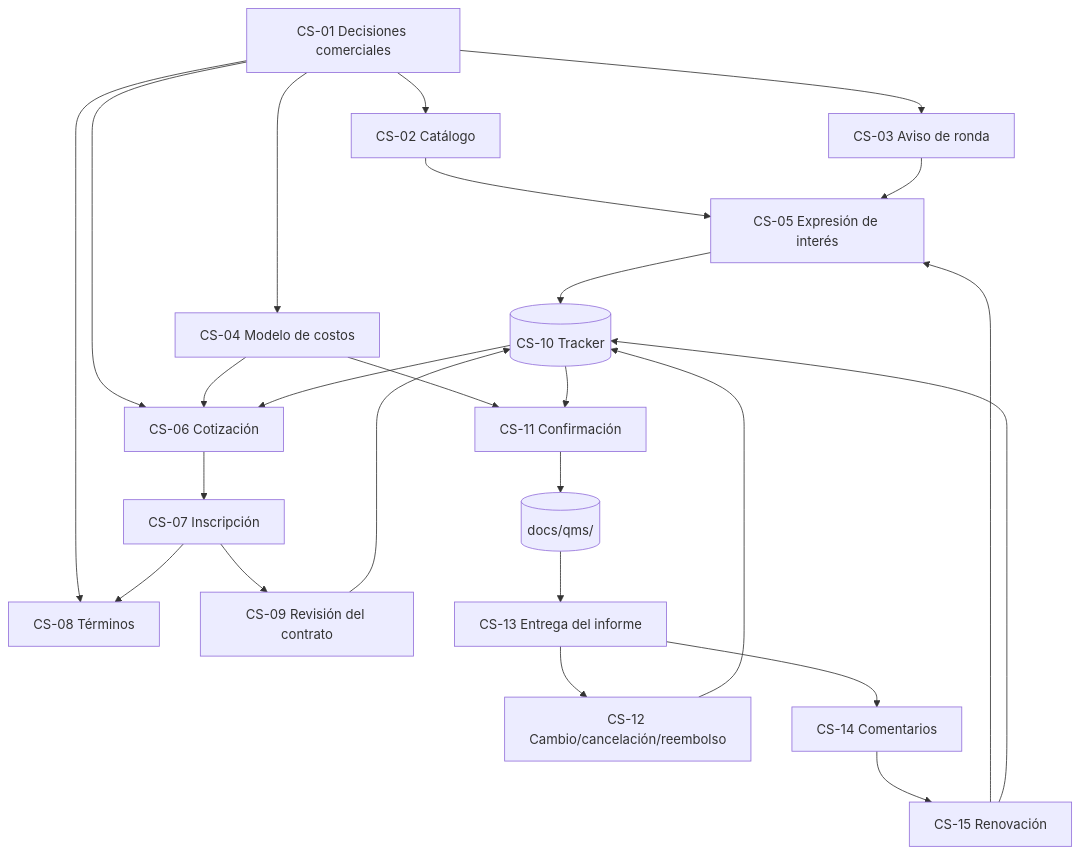
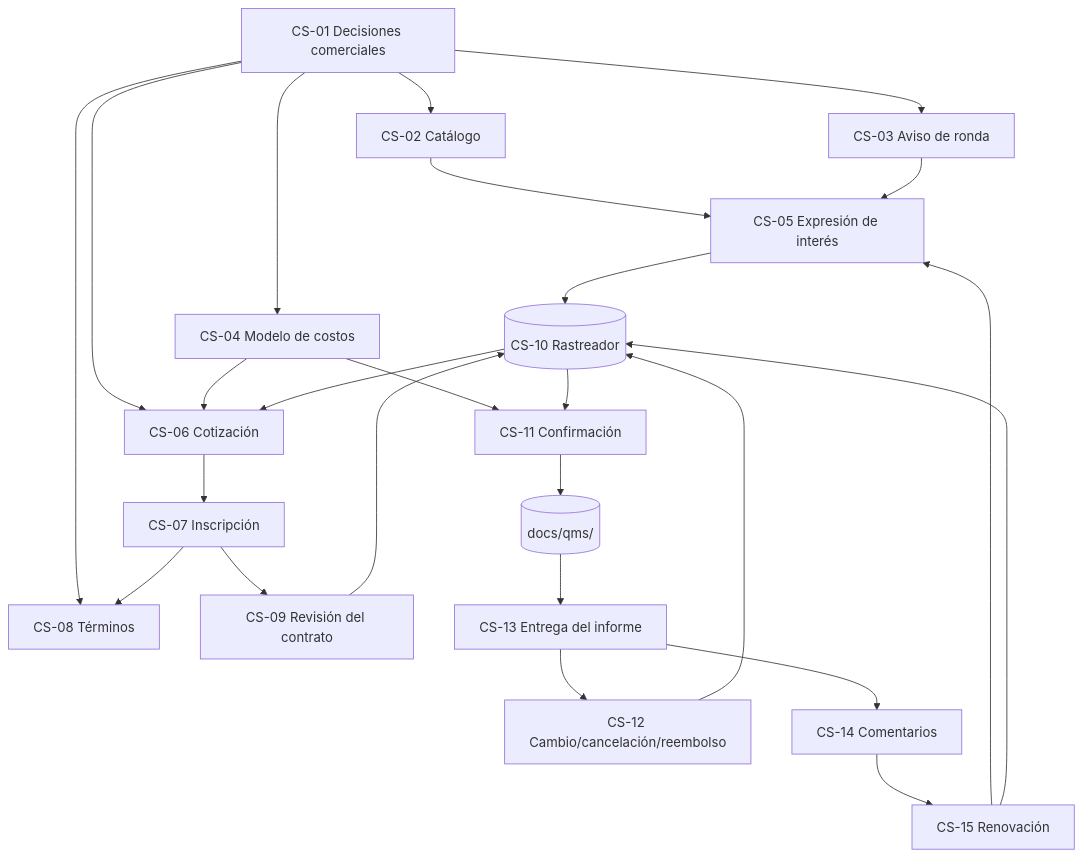
One commit to willl182/calaire-ea changed the diagram in servicio_comercial/00_control/mapa_viaje.md. Above: the diagram before and after it, drawn with Mermaid. The commit also changed other lines of this file and 345 other files, not shown here.

````diff
--- a/servicio_comercial/00_control/mapa_viaje.md
+++ b/servicio_comercial/00_control/mapa_viaje.md
@@ -54,31 +55,31 @@
 ```mermaid
 flowchart TB
     CS01[CS-01 Decisiones comerciales] --> CS02[CS-02 Catálogo]
     CS01 --> CS03[CS-03 Aviso de ronda]
     CS01 --> CS04[CS-04 Modelo de costos]
     CS01 --> CS06[CS-06 Cotización]
     CS01 --> CS08[CS-08 Términos]
     CS04 --> CS06
     CS04 --> CS11[Lista de precios aprobada]
 
     CS02 --> CS05[CS-05 Expresión de interés]
     CS03 --> CS05
-    CS05 --> CS10[(CS-10 Tracker)]
+    CS05 --> CS10[(CS-10 Rastreador)]
     CS10 --> CS06
 
     CS06 --> CS07[CS-07 Inscripción]
     CS07 --> CS08
     CS07 --> CS09[CS-09 Revisión del contrato]
     CS09 --> CS10
 
     CS10 --> CS11[CS-11 Confirmación]
-    CS11 --> QMS[(docs/qms/)]
+    CS11 --> SGC[(docs/qms/)]
 
-    QMS --> CS13[CS-13 Entrega del informe]
+    SGC --> CS13[CS-13 Entrega del informe]
     CS13 --> CS12[CS-12 Cambio/cancelación/reembolso]
     CS13 --> CS14[CS-14 Comentarios]
     CS14 --> CS15[CS-15 Renovación]
     CS12 --> CS10
     CS15 --> CS05
     CS15 --> CS10
 ```
````
